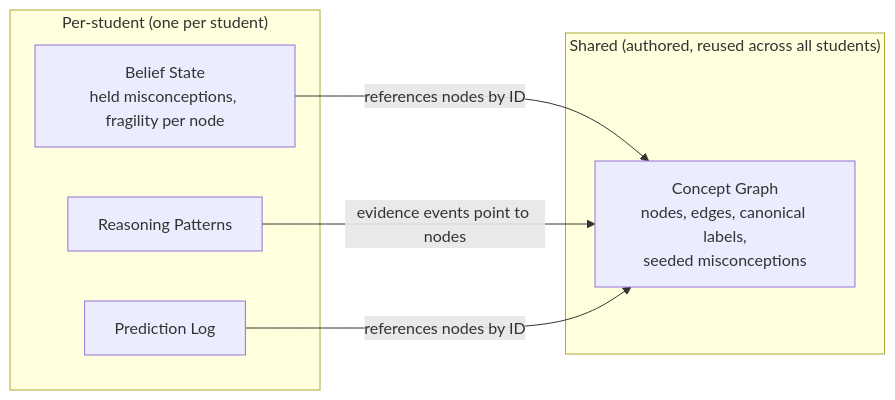
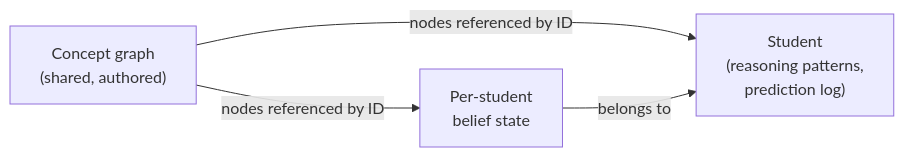
One commit to stemolly/wiki changed the third of 3 diagrams in src/content/docs/engine/mental-model.md. Above: the diagram before and after it, drawn with Mermaid. The commit also changed other lines of this file and 21 other files, not shown here.

````diff
--- a/src/content/docs/engine/mental-model.md
+++ b/src/content/docs/engine/mental-model.md
@@ -272,14 +96,10 @@
 ```mermaid
 graph LR
-    subgraph "Shared (authored, reused across all students)"
-        SG["Concept Graph<br/>nodes, edges, canonical labels,<br/>seeded misconceptions"]
-    end
-    subgraph "Per-student (one per student)"
-        PS["Belief State<br/>held misconceptions, fragility per node"]
-        RP["Reasoning Patterns"]
-        PL["Prediction Log"]
-    end
-    PS -->|"references nodes by ID"| SG
-    RP -->|"evidence events point to nodes"| SG
-    PL -->|"references nodes by ID"| SG
+    CG["Concept graph<br/>(shared, authored)"]
+    PBS["Per-student<br/>belief state"]
+    S["Student<br/>(reasoning patterns,<br/>prediction log)"]
+
+    CG -->|"nodes referenced by ID"| PBS
+    CG -->|"nodes referenced by ID"| S
+    PBS -->|"belongs to"| S
 ```
````
